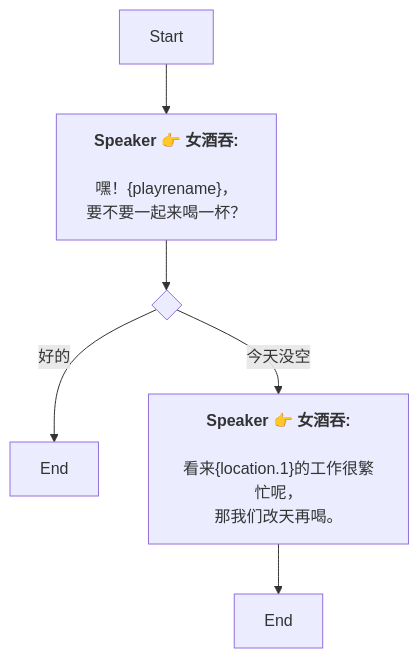
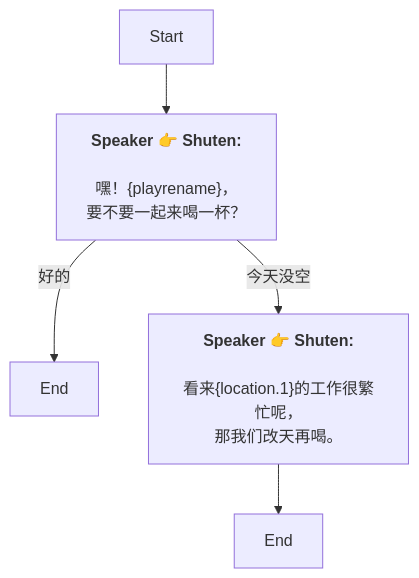
One commit to SoftHu/tos_avg changed the diagram in Zh/QuestStartTalkENode_1754569494313621.md. Above: the diagram before and after it, drawn with Mermaid. The commit also changed 737 other files, not shown here.

````diff
--- a/Zh/QuestStartTalkENode_1754569494313621.md
+++ b/Zh/QuestStartTalkENode_1754569494313621.md
@@ -1,15 +1,12 @@
 ```mermaid
 graph
-Start -->1754569657361049[<b>Speaker 👉 女酒吞:</b>
-
-嘿！&lbrace;playrename&rbrace;，
+Start -->1754569657361049[<b>Speaker 👉 Shuten:</b>
+\n嘿！&lbrace;playrename&rbrace;，
 要不要一起来喝一杯？]
-1754569657361049 -->1754569685457562{ }
-1754569685457562 -->|好的|1754569704283809[End]
-1754569685457562 -->|今天没空|1754569700041376[<b>Speaker 👉 女酒吞:</b>
-
-看来&lbrace;location.1&rbrace;的工作很繁忙呢，
+1754569657361049 -->|好的|1754569704283809[End]
+1754569657361049 -->|今天没空|1754569700041376[<b>Speaker 👉 Shuten:</b>
+\n看来&lbrace;location.1&rbrace;的工作很繁忙呢，
 那我们改天再喝。]
 1754569700041376 -->1754569717223074[End]
 
- ```
+```
````
